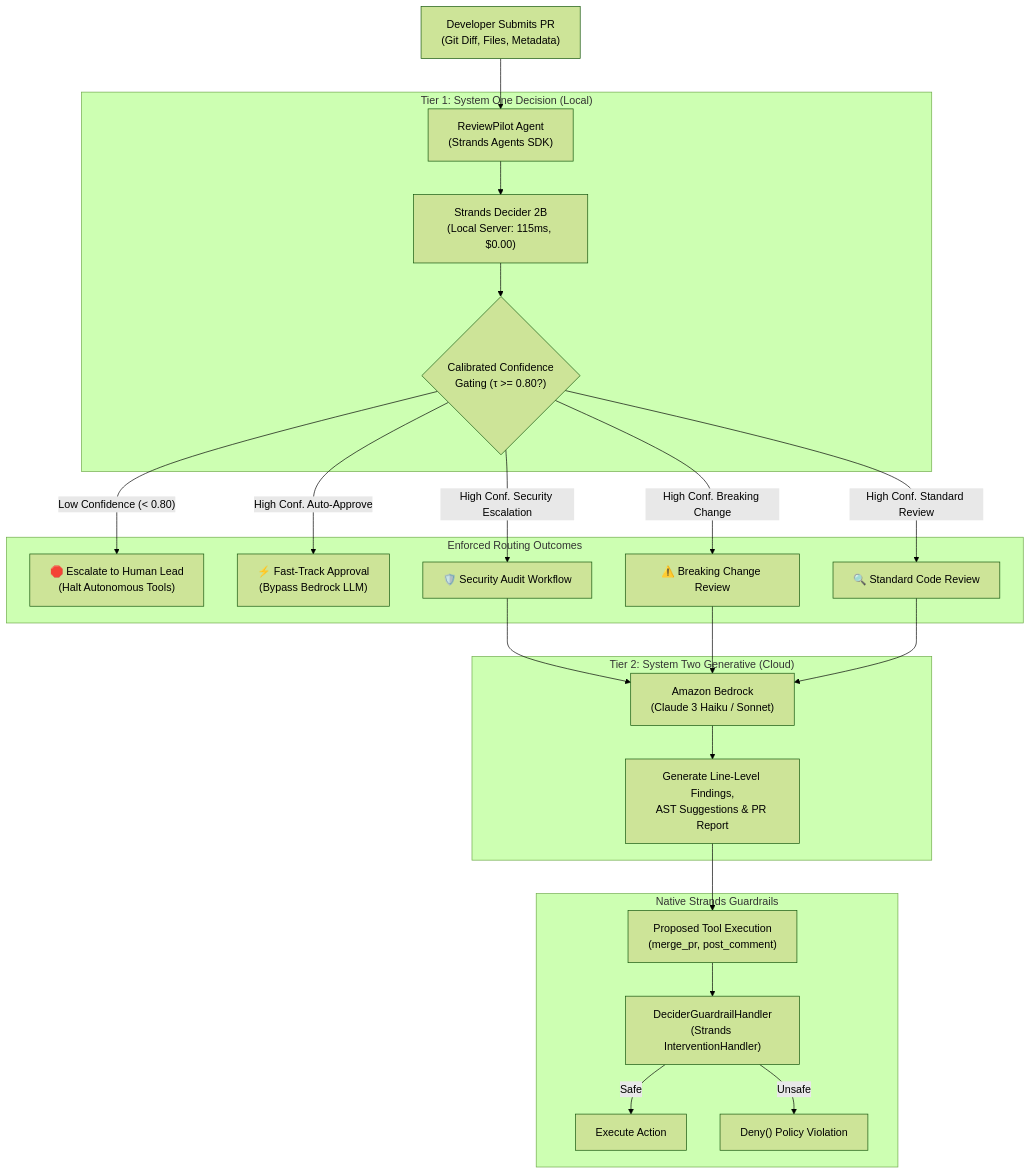
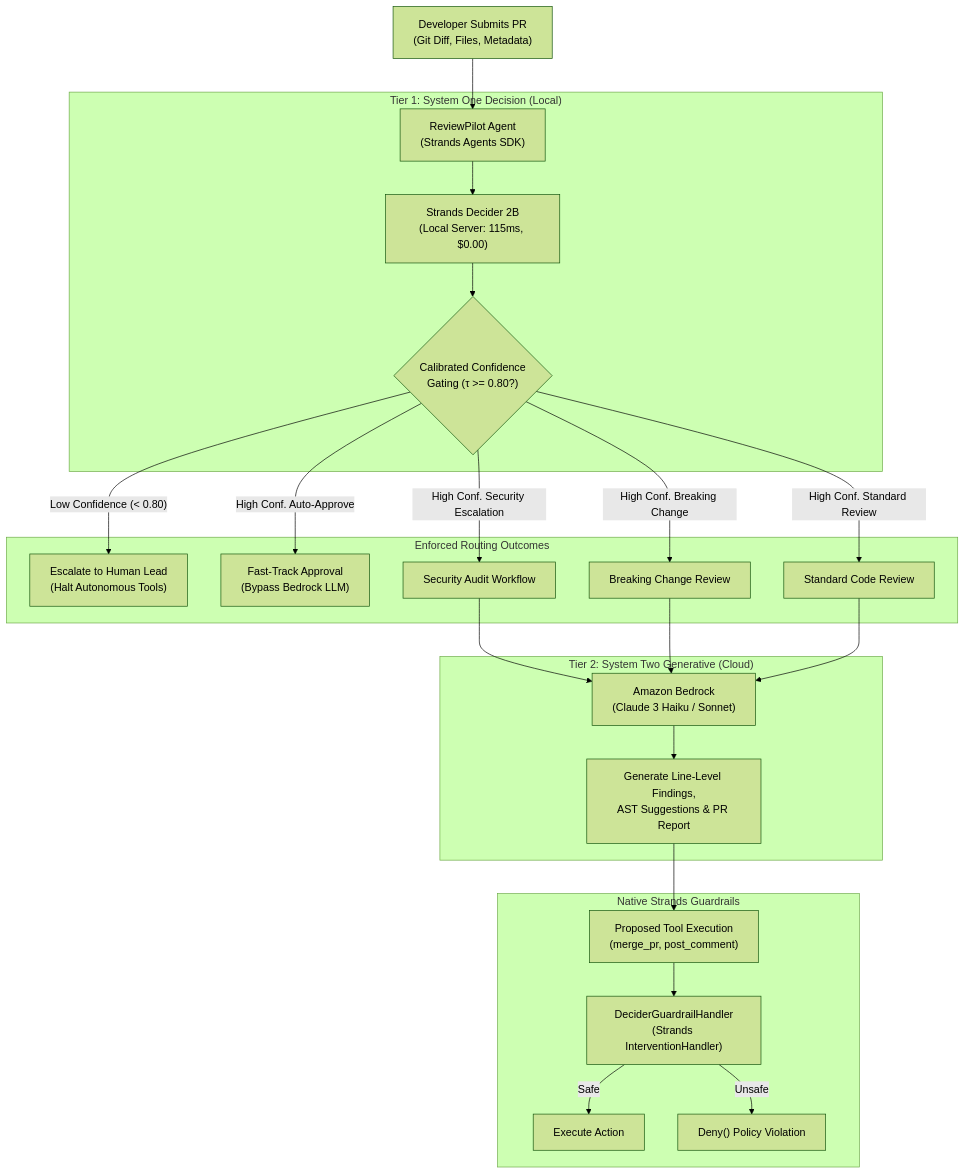
Before and after one commit to Saifan-01/ReviewPilot-AI: the diagram in docs/architecture.md, drawn with Mermaid (forest theme). The commit also changed 6 other files, not shown here.

````diff
--- a/docs/architecture.md
+++ b/docs/architecture.md
@@ -21,31 +21,31 @@
 ```mermaid
 flowchart TD
     A["Developer Submits PR<br/>(Git Diff, Files, Metadata)"] --> B["ReviewPilot Agent<br/>(Strands Agents SDK)"]
     
     subgraph S1["Tier 1: System One Decision (Local)"]
         B --> C["Strands Decider 2B<br/>(Local Server: 115ms, $0.00)"]
         C --> D{"Calibrated Confidence<br/>Gating (τ >= 0.80?)"}
     end
 
     subgraph DecisionOutcomes["Enforced Routing Outcomes"]
-        D -- "Low Confidence (< 0.80)" --> E["🛑 Escalate to Human Lead<br/>(Halt Autonomous Tools)"]
-        D -- "High Conf. Auto-Approve" --> F["⚡ Fast-Track Approval<br/>(Bypass Bedrock LLM)"]
-        D -- "High Conf. Security Escalation" --> G["🛡️ Security Audit Workflow"]
-        D -- "High Conf. Breaking Change" --> H["⚠️ Breaking Change Review"]
-        D -- "High Conf. Standard Review" --> I["🔍 Standard Code Review"]
+        D -- "Low Confidence (< 0.80)" --> E["Escalate to Human Lead<br/>(Halt Autonomous Tools)"]
+        D -- "High Conf. Auto-Approve" --> F["Fast-Track Approval<br/>(Bypass Bedrock LLM)"]
+        D -- "High Conf. Security Escalation" --> G["Security Audit Workflow"]
+        D -- "High Conf. Breaking Change" --> H["Breaking Change Review"]
+        D -- "High Conf. Standard Review" --> I["Standard Code Review"]
     end
 
     subgraph S2["Tier 2: System Two Generative (Cloud)"]
         G --> J["Amazon Bedrock<br/>(Claude 3 Haiku / Sonnet)"]
         H --> J
         I --> J
         J --> K["Generate Line-Level Findings,<br/>AST Suggestions & PR Report"]
     end
 
     subgraph NativeGuardrails["Native Strands Guardrails"]
         K --> L["Proposed Tool Execution<br/>(merge_pr, post_comment)"]
         L --> M["DeciderGuardrailHandler<br/>(Strands InterventionHandler)"]
         M -- "Safe" --> N["Execute Action"]
         M -- "Unsafe" --> O["Deny() Policy Violation"]
     end
 ```
````
